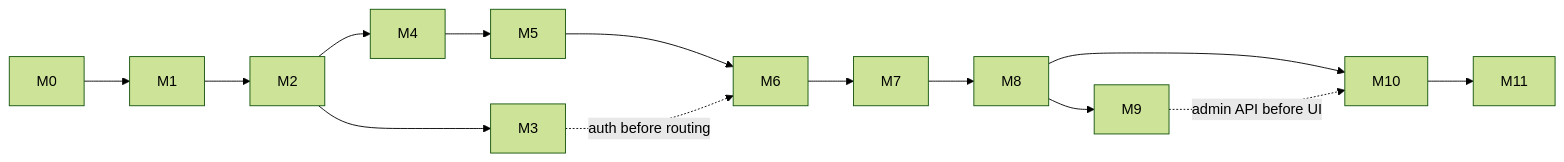
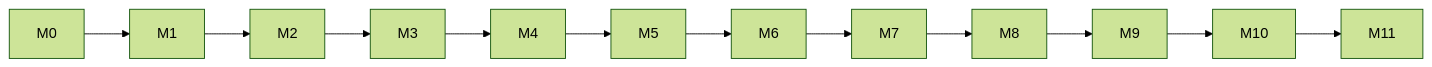
The first of 2 diagrams in docs/sprint-planning.md (mezni/llmgw), drawn with Mermaid (forest theme) before and after one commit. The commit also changed other lines of this file and 6 other files, not shown here.

````diff
--- a/docs/sprint-planning.md
+++ b/docs/sprint-planning.md
@@ -209,8 +452,4 @@
 ```mermaid
 flowchart LR
-    M0 --> M1 --> M2 --> M4 --> M5 --> M6 --> M7 --> M8 --> M10 --> M11
-    M2 --> M3
-    M3 -. "auth before routing" .-> M6
-    M8 --> M9
-    M9 -. "admin API before UI" .-> M10
+    M0 --> M1 --> M2 --> M3 --> M4 --> M5 --> M6 --> M7 --> M8 --> M9 --> M10 --> M11
 ```
````
